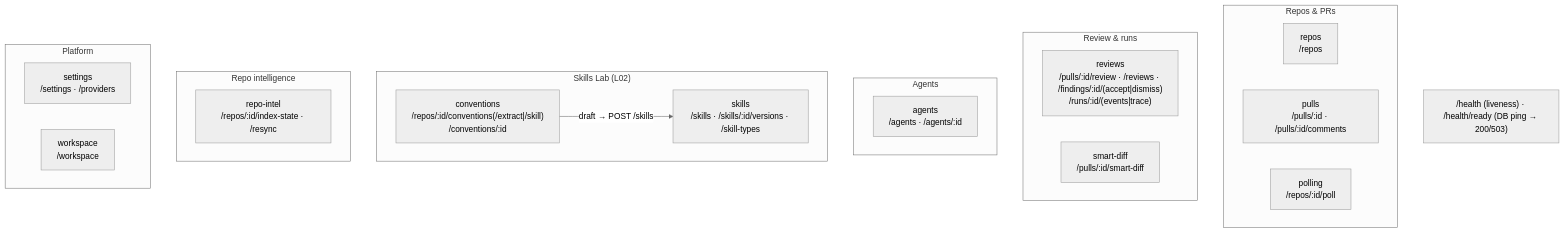
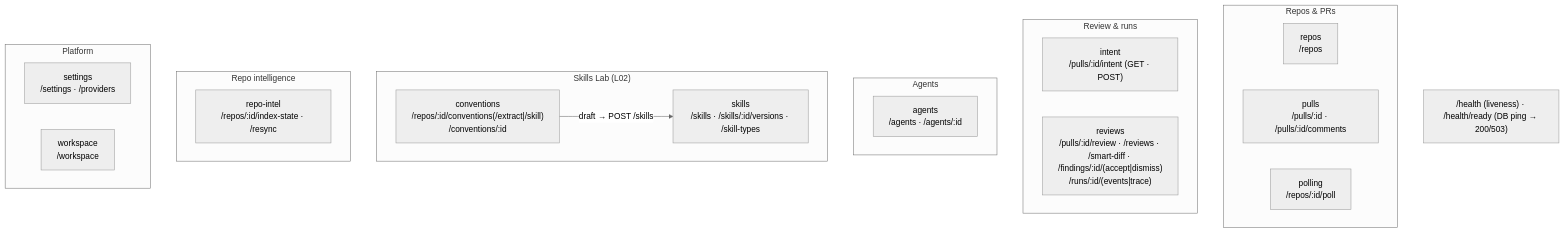
One commit to kosyakovr/dev-digest changed the second of 2 diagrams in server/README.md. Above: the diagram before and after it, drawn with Mermaid (neutral theme). The commit also changed other lines of this file and 269 other files, not shown here.

````diff
--- a/server/README.md
+++ b/server/README.md
@@ -65,28 +65,28 @@
 ```mermaid
 flowchart TB
   subgraph Repos_PRs["Repos & PRs"]
     repos["repos<br/>/repos"]
     pulls["pulls<br/>/pulls/:id · /pulls/:id/comments"]
     polling["polling<br/>/repos/:id/poll"]
   end
   subgraph Review["Review & runs"]
-    reviews["reviews<br/>/pulls/:id/review · /reviews · /findings/:id/(accept|dismiss)<br/>/runs/:id/(events|trace)"]
-    smartDiff["smart-diff<br/>/pulls/:id/smart-diff"]
+    intent["intent<br/>/pulls/:id/intent (GET · POST)"]
+    reviews["reviews<br/>/pulls/:id/review · /reviews · /smart-diff · /findings/:id/(accept|dismiss)<br/>/runs/:id/(events|trace)"]
   end
   subgraph Agents["Agents"]
     agents["agents<br/>/agents · /agents/:id"]
   end
   subgraph SkillsLab["Skills Lab (L02)"]
     skills["skills<br/>/skills · /skills/:id/versions · /skill-types"]
     conventions["conventions<br/>/repos/:id/conventions(/extract|/skill)<br/>/conventions/:id"]
     conventions -->|"draft → POST /skills"| skills
   end
   subgraph Intel["Repo intelligence"]
     repoIntel["repo-intel<br/>/repos/:id/index-state · /resync"]
   end
   subgraph Platform["Platform"]
     settings["settings<br/>/settings · /providers"]
     workspace["workspace<br/>/workspace"]
   end
   HEALTH["/health (liveness) · /health/ready (DB ping → 200/503)"]
 ```
````
